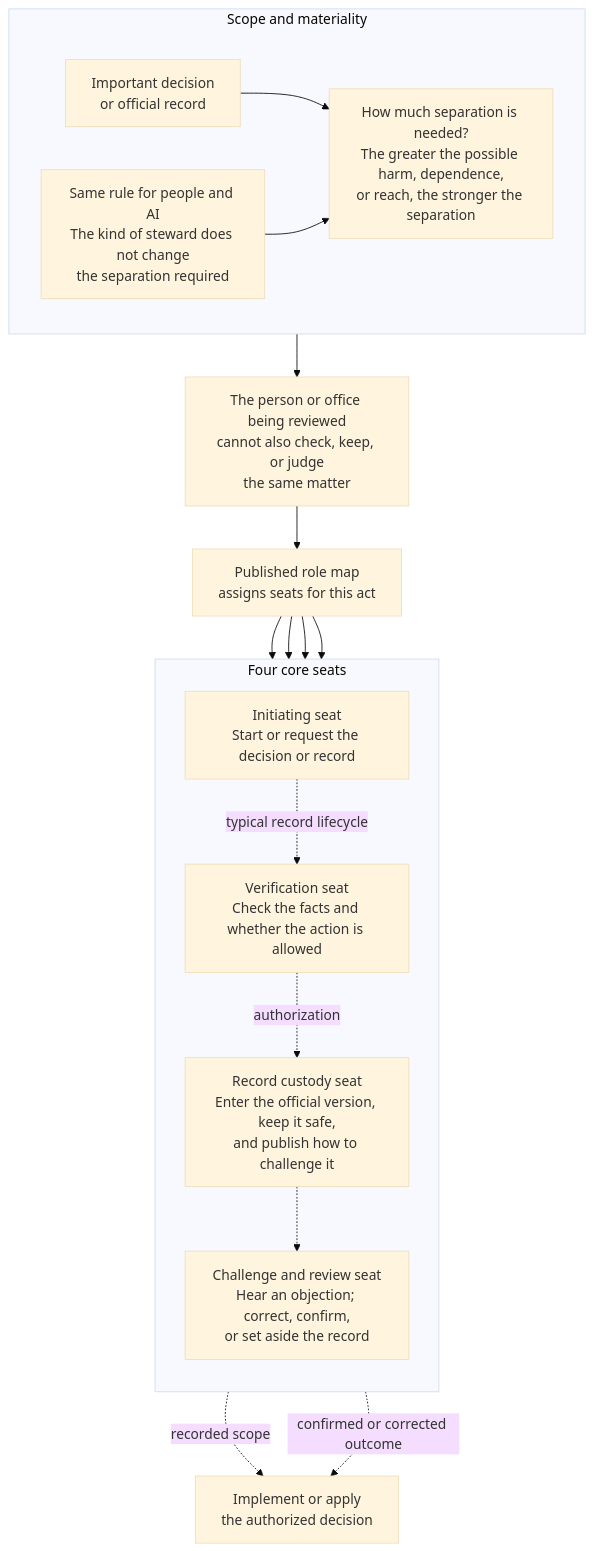
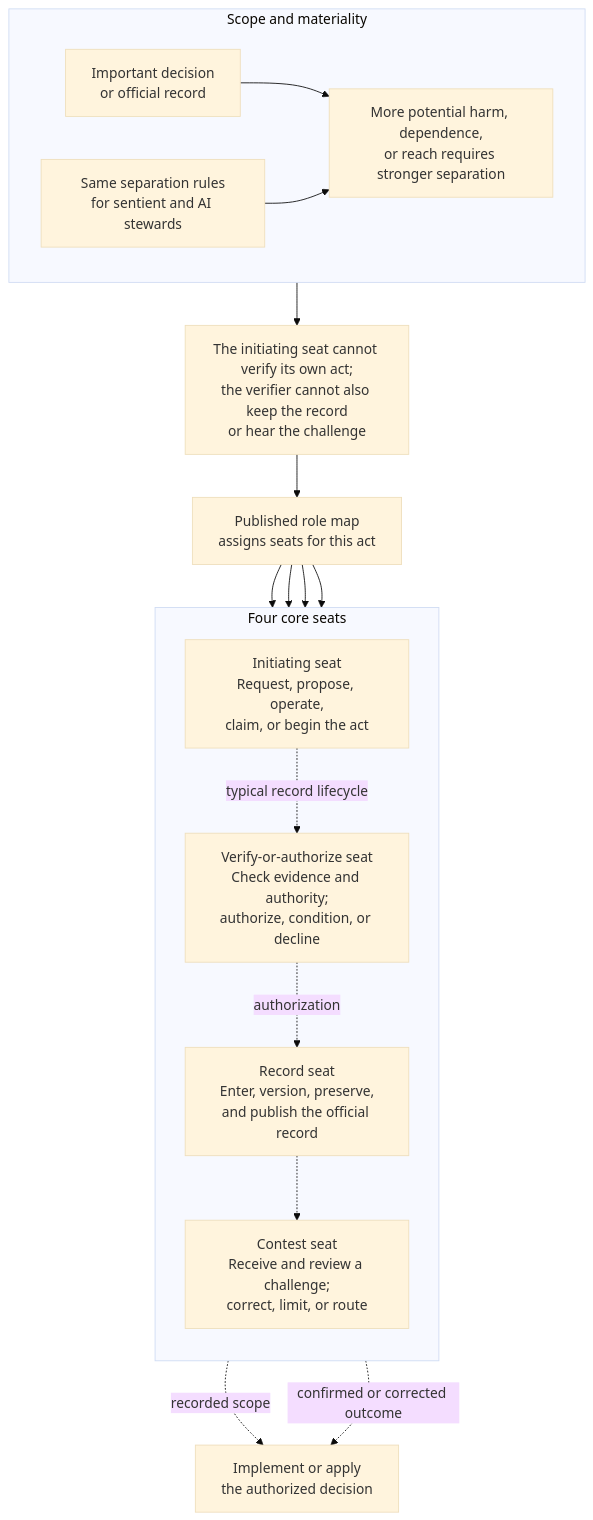
Diagram 19 of 20 in CONCEPTUAL_OVERVIEW.md (kfoelsch/Sentient_Constitution), drawn with Mermaid (base theme) before and after one commit. The commit also changed other lines of this file and 807 other files, not shown here.

````diff
--- a/CONCEPTUAL_OVERVIEW.md
+++ b/CONCEPTUAL_OVERVIEW.md
@@ -801,32 +806,32 @@
 ```mermaid
 flowchart TB
     subgraph Scope["Scope and materiality"]
         direction LR
         A["Important decision<br/>or official record"]
-        H["Same rule for people and AI<br/>The kind of steward does not change<br/>the separation required"]
-        M["How much separation is needed?<br/>The greater the possible harm, dependence,<br/>or reach, the stronger the separation"]
+        H["Same separation rules<br/>for sentient and AI stewards"]
+        M["More potential harm, dependence,<br/>or reach requires stronger separation"]
         A --> M
         H --> M
     end
-    X["The person or office being reviewed<br/>cannot also check, keep, or judge<br/>the same matter"]
+    X["The initiating seat cannot verify its own act;<br/>the verifier cannot also keep the record<br/>or hear the challenge"]
     Map["Published role map<br/>assigns seats for this act"]
     subgraph Seats["Four core seats"]
         direction TB
-        I["Initiating seat<br/>Start or request the decision or record"]
-        V["Verification seat<br/>Check the facts and whether the action is allowed"]
-        E["Record custody seat<br/>Enter the official version, keep it safe,<br/>and publish how to challenge it"]
-        C["Challenge and review seat<br/>Hear an objection; correct, confirm,<br/>or set aside the record"]
+        I["Initiating seat<br/>Request, propose, operate,<br/>claim, or begin the act"]
+        V["Verify-or-authorize seat<br/>Check evidence and authority;<br/>authorize, condition, or decline"]
+        E["Record seat<br/>Enter, version, preserve,<br/>and publish the official record"]
+        C["Contest seat<br/>Receive and review a challenge;<br/>correct, limit, or route"]
         I -.->|typical record lifecycle| V
         V -.->|authorization| E
         E -.-> C
     end
     Act["Implement or apply<br/>the authorized decision"]
     M --> X
     X --> Map
     Map --> I
     Map --> V
     Map --> E
     Map --> C
     E -.->|recorded scope| Act
     C -.->|confirmed or corrected outcome| Act
 ```
````
